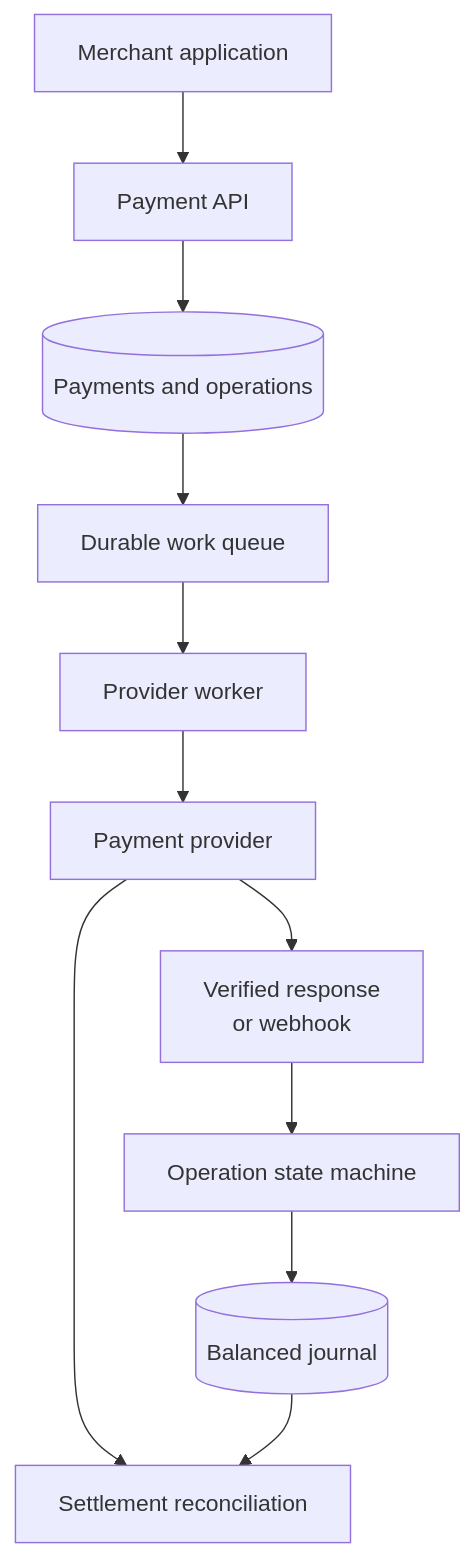
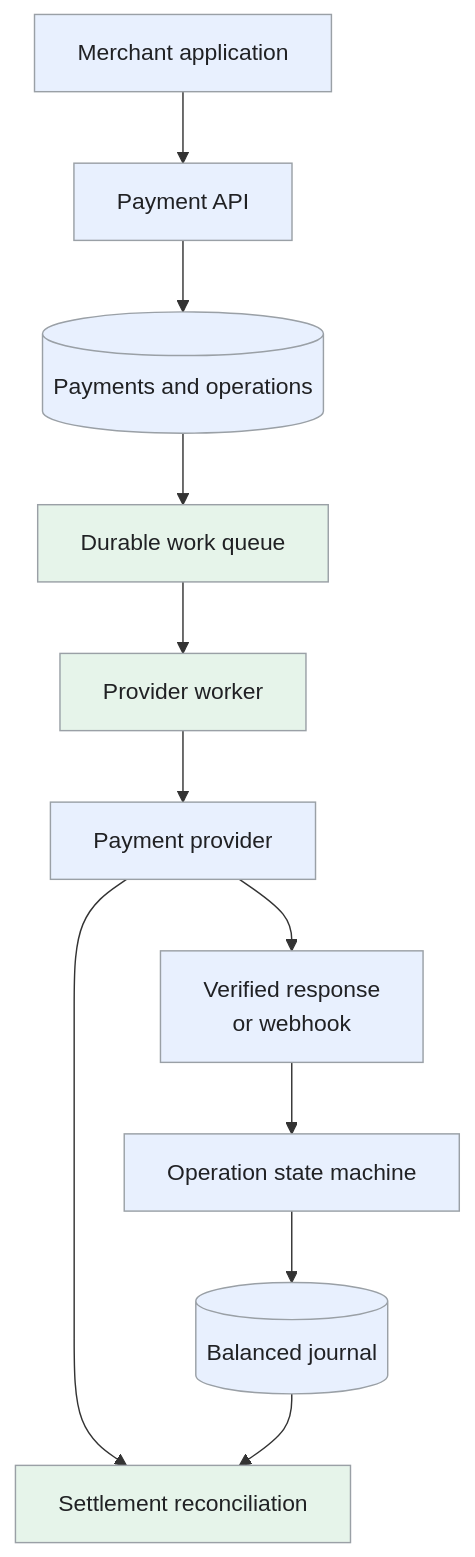
The first of 3 diagrams in _designs/system-design-payment-system.md (iliazlobin/iliazlobin.github.io), drawn with Mermaid before and after one commit. The commit also changed other lines of this file and 20 other files, not shown here.

Commit message:
Improve design flows, tradeoffs, and technology references

````diff
--- a/_designs/system-design-payment-system.md
+++ b/_designs/system-design-payment-system.md
@@ -140,13 +140,18 @@
 ```mermaid
 flowchart TB
     U["Merchant application"] --> P["Payment API"]
     P --> D[("Payments and operations")]
     D --> Q["Durable work queue"]
     Q --> W["Provider worker"]
     W --> X["Payment provider"]
     X --> H["Verified response<br/>or webhook"]
     H --> S["Operation state machine"]
     S --> L[("Balanced journal")]
     X --> R["Settlement reconciliation"]
     L --> R
+  classDef request fill:#e8f0fe,stroke:#9aa0a6,color:#202124,stroke-width:1px
+  classDef background fill:#e6f4ea,stroke:#9aa0a6,color:#202124,stroke-width:1px
+  classDef control fill:#fef7e0,stroke:#9aa0a6,color:#202124,stroke-width:1px
+  class U,P,D,X,H,S,L request
+  class Q,W,R background
 ```
````
